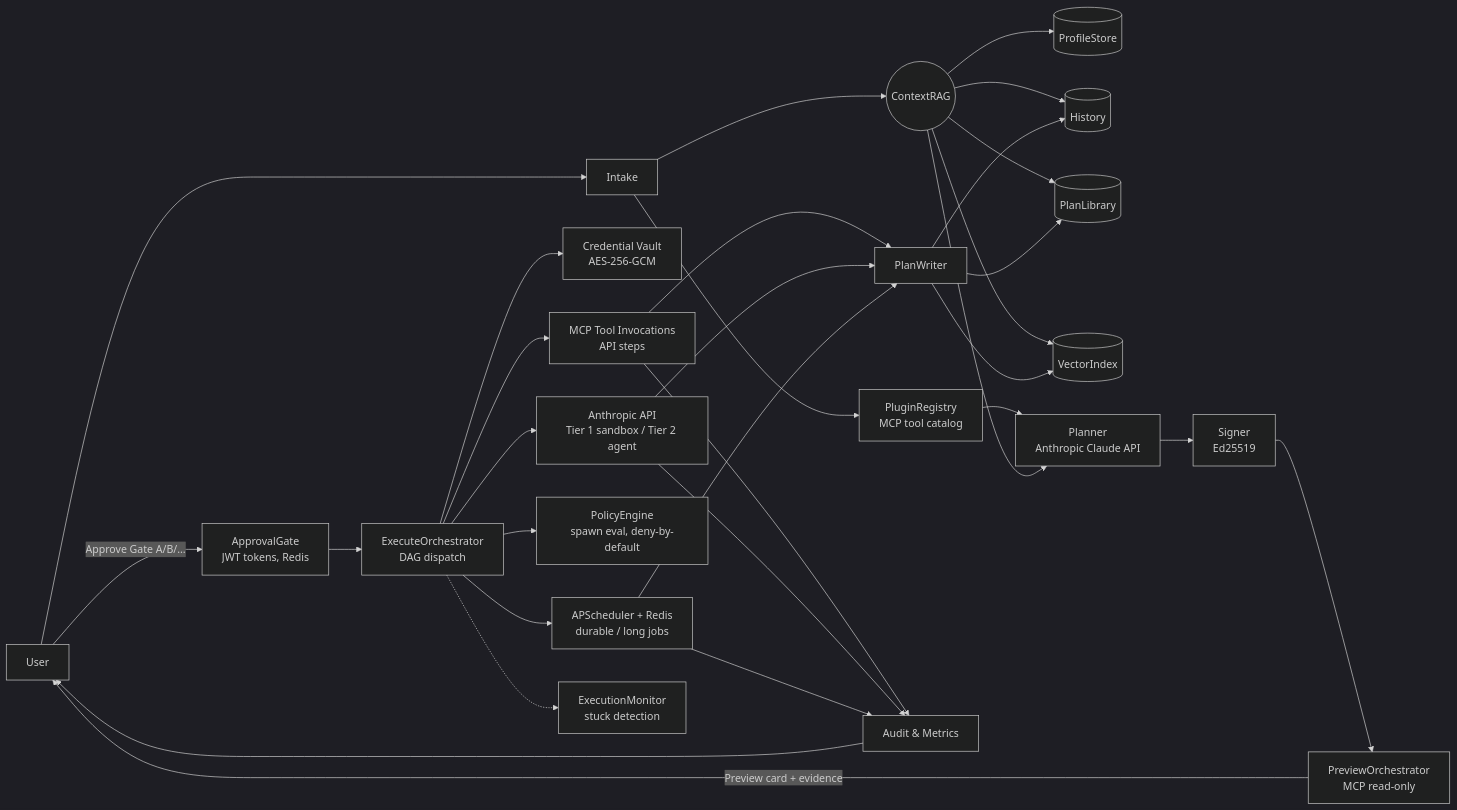
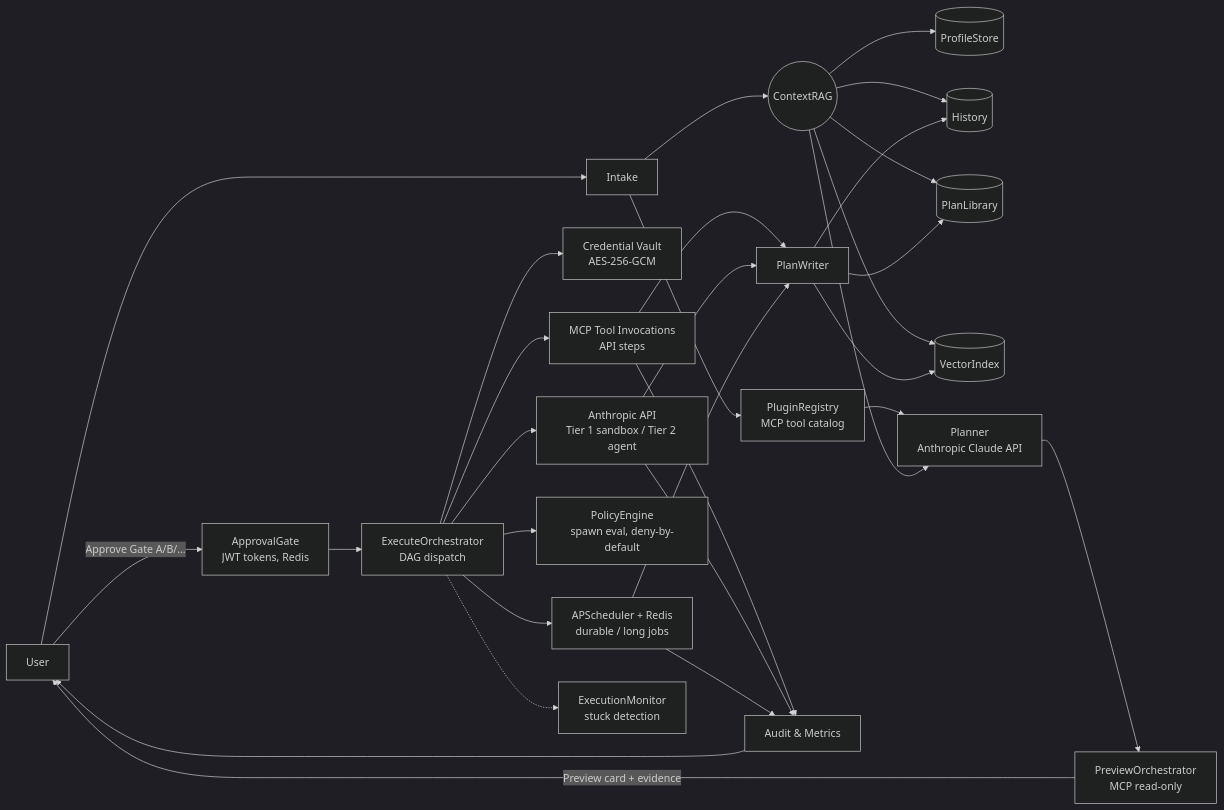
Before and after one commit to AnantshreeChandola/Aexor: the diagram in docs/architecture/diagrams/HLD.md, drawn with Mermaid (dark theme). The commit also changed 74 other files, not shown here.

First line of the commit message:
refactor: remove Signer component, adopt HITL-only security model

````diff
--- a/docs/architecture/diagrams/HLD.md
+++ b/docs/architecture/diagrams/HLD.md
@@ -1,50 +1,48 @@
 ```mermaid
 flowchart LR
   %% ── Interface Layer ──
   U[User] --> IN[Intake]
 
   %% ── Memory Layer ──
   IN --> RAG((ContextRAG))
   RAG --> PS[(ProfileStore)]
   RAG --> HIST[(History)]
   RAG --> PLIB[(PlanLibrary)]
   RAG --> VI[(VectorIndex)]
 
   %% ── Domain Layer: Planning ──
   IN --> REG[PluginRegistry\nMCP tool catalog]
   REG --> PLAN[Planner\nAnthropic Claude API]
   RAG --> PLAN
-  PLAN --> SIG[Signer\nEd25519]
-
   %% ── Orchestration Layer: Preview ──
-  SIG --> PREV[PreviewOrchestrator\nMCP read-only]
+  PLAN --> PREV[PreviewOrchestrator\nMCP read-only]
   PREV -->|Preview card + evidence| U
 
   %% ── Orchestration Layer: Approve ──
   U -->|Approve Gate A/B/…| GATE[ApprovalGate\nJWT tokens, Redis]
 
   %% ── Orchestration Layer: Execute ──
   GATE --> EXE[ExecuteOrchestrator\nDAG dispatch]
   EXE --> CRED[Credential Vault\nAES-256-GCM]
   EXE --> MCP[MCP Tool Invocations\nAPI steps]
   EXE --> LLM[Anthropic API\nTier 1 sandbox / Tier 2 agent]
   EXE --> PE[PolicyEngine\nspawn eval, deny-by-default]
   EXE --> SCHED[APScheduler + Redis\ndurable / long jobs]
 
   %% ── Orchestration Layer: Monitor ──
   EXE -.-> MON[ExecutionMonitor\nstuck detection]
 
   %% ── Write-back ──
   MCP --> PW[PlanWriter]
   LLM --> PW
   SCHED --> PW
   PW --> PLIB
   PW --> HIST
   PW --> VI
 
   %% ── Platform Layer ──
   MCP --> AUD[Audit & Metrics]
   LLM --> AUD
   SCHED --> AUD
   AUD --> U
 ```
````
